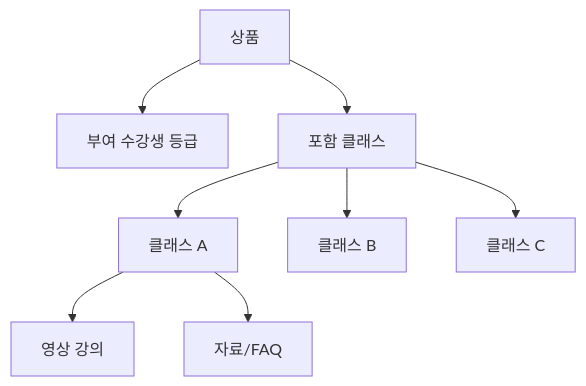
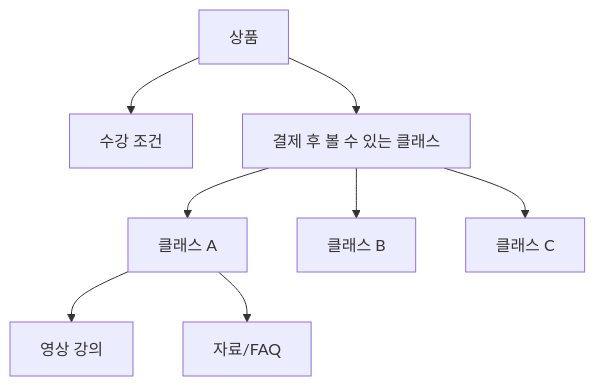
Before and after one commit to olabeann/knowhowzip: the first of 3 diagrams in knowhowzip-site/docs/creator-product-logic.md, drawn with Mermaid. The commit also changed other lines of this file and 10 other files, not shown here.

````diff
--- a/knowhowzip-site/docs/creator-product-logic.md
+++ b/knowhowzip-site/docs/creator-product-logic.md
@@ -190,10 +176,10 @@
 ```mermaid
 flowchart TD
-    P["상품"] --> G["부여 수강생 등급"]
-    P --> C["포함 클래스"]
+    P["상품"] --> R["수강 조건"]
+    P --> C["결제 후 볼 수 있는 클래스"]
     C --> A["클래스 A"]
     C --> B["클래스 B"]
     C --> D["클래스 C"]
     A --> A1["영상 강의"]
     A --> A2["자료/FAQ"]
 ```
````
